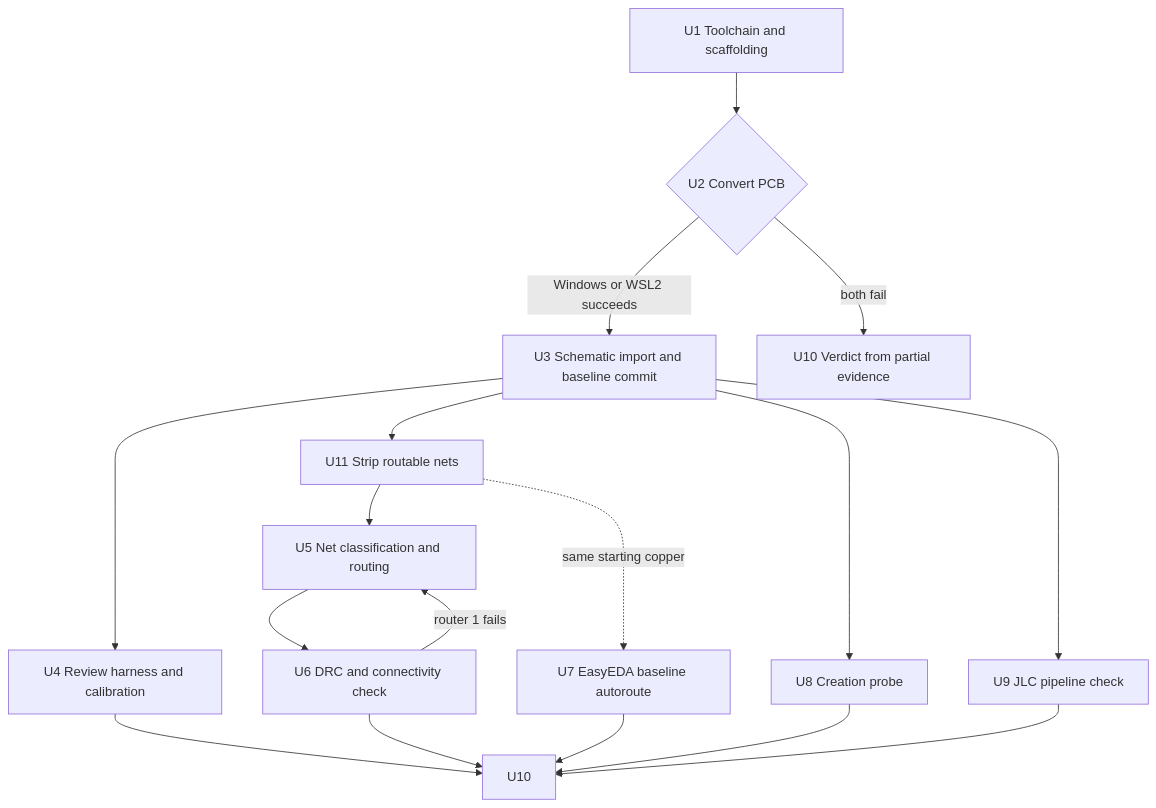
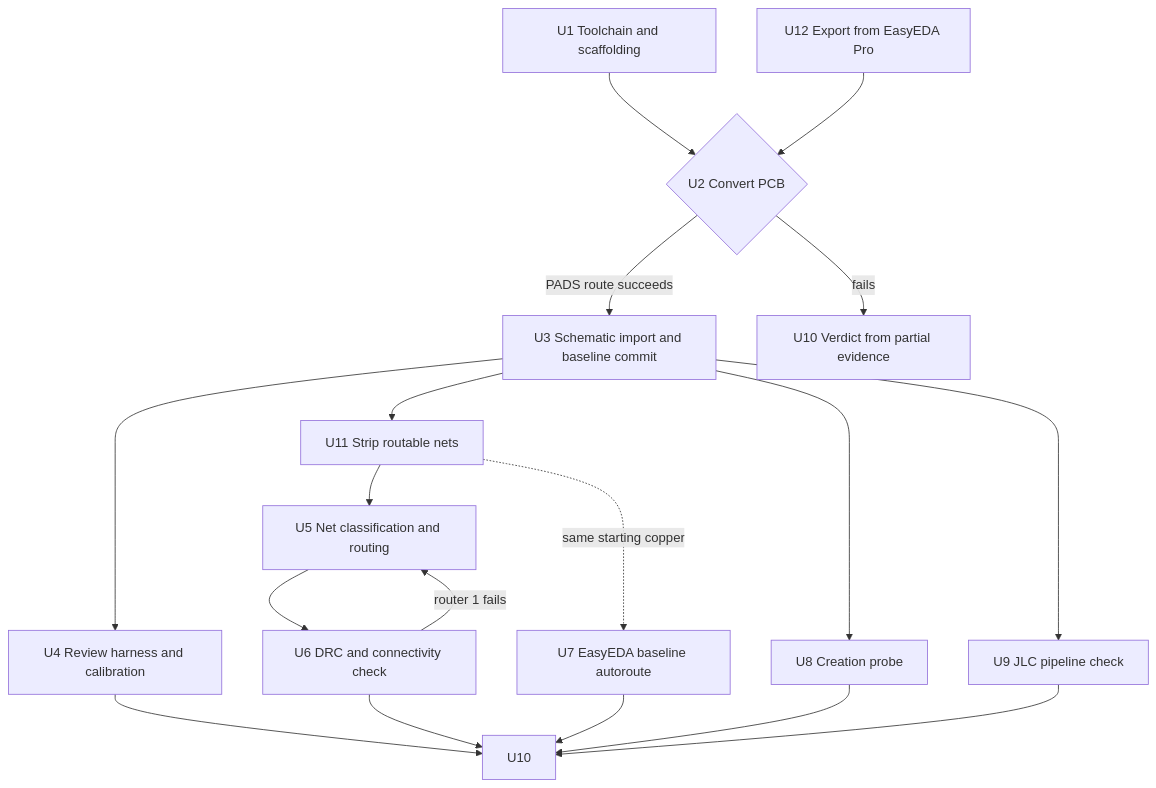
Before and after one commit to kms254/Mustang-Dash-Test: the second of 2 diagrams in docs/plans/2026-07-27-001-chore-kicad-evaluation-plan.md, drawn with Mermaid. The commit also changed other lines of this file, not shown here.

````diff
--- a/docs/plans/2026-07-27-001-chore-kicad-evaluation-plan.md
+++ b/docs/plans/2026-07-27-001-chore-kicad-evaluation-plan.md
@@ -224,19 +233,20 @@
 ```mermaid
 flowchart TB
   U1[U1 Toolchain and scaffolding] --> U2{U2 Convert PCB}
-  U2 -->|Windows or WSL2 succeeds| U3[U3 Schematic import and baseline commit]
-  U2 -->|both fail| VERDICT[U10 Verdict from partial evidence]
+  U12[U12 Export from EasyEDA Pro] --> U2
+  U2 -->|PADS route succeeds| U3[U3 Schematic import and baseline commit]
+  U2 -->|fails| VERDICT[U10 Verdict from partial evidence]
   U3 --> U4[U4 Review harness and calibration]
   U3 --> U11[U11 Strip routable nets]
   U11 --> U5[U5 Net classification and routing]
   U11 -.same starting copper.-> U7[U7 EasyEDA baseline autoroute]
   U5 --> U6[U6 DRC and connectivity check]
   U6 -->|router 1 fails| U5
   U3 --> U8[U8 Creation probe]
   U3 --> U9[U9 JLC pipeline check]
   U7 --> U10
   U4 --> U10
   U6 --> U10
   U8 --> U10
   U9 --> U10
 ```
````
